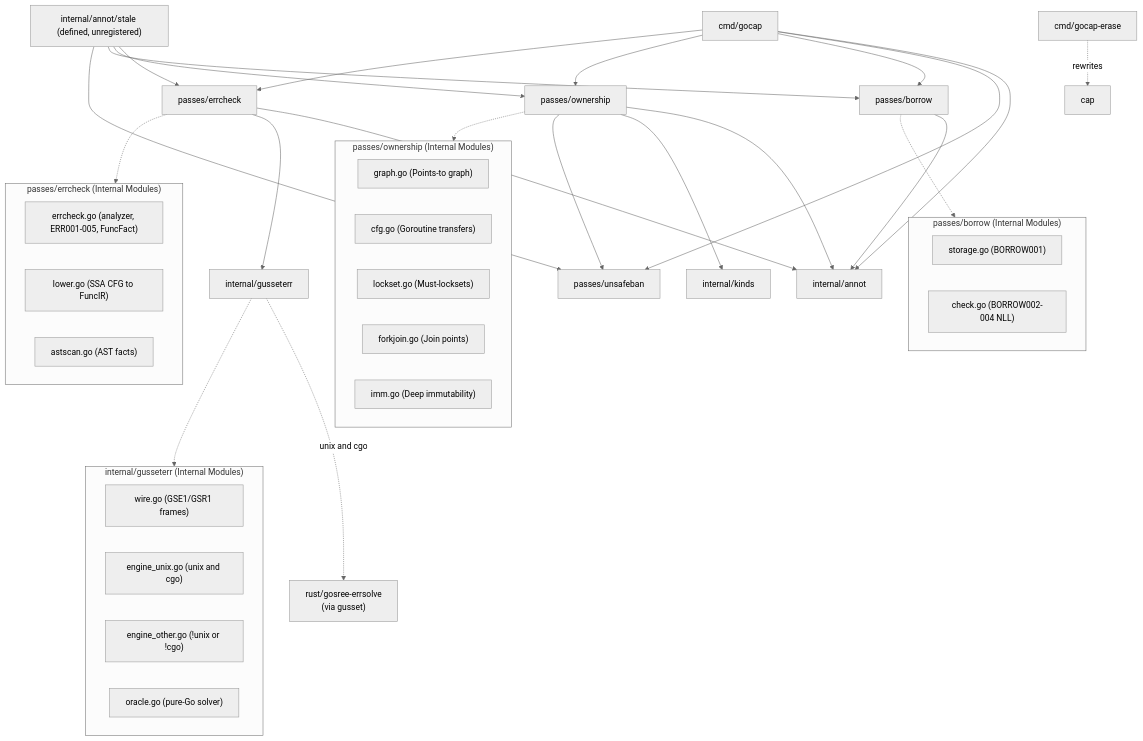
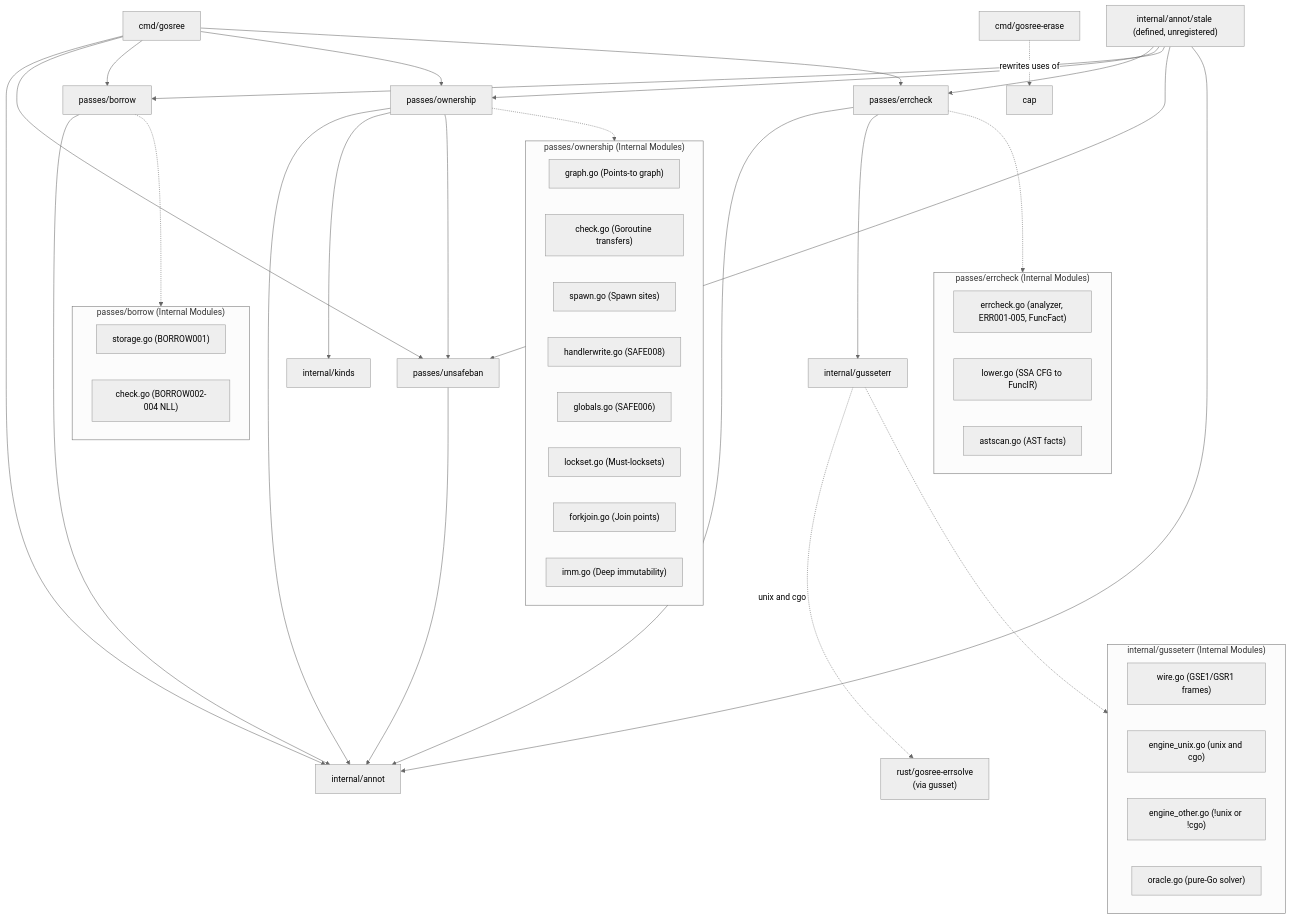
One commit to bharathvbcr/GoSree changed the ninth of 9 diagrams in docs/ARCHITECTURE.md. Above: the diagram before and after it, drawn with Mermaid (neutral theme). The commit also changed other lines of this file and 13 other files, not shown here.

````diff
--- a/docs/ARCHITECTURE.md
+++ b/docs/ARCHITECTURE.md
@@ -375,52 +375,57 @@
 ```mermaid
 flowchart TD
-    cmd_gocap["cmd/gocap"] --> internal_annot["internal/annot"]
-    cmd_gocap --> passes_unsafeban["passes/unsafeban"]
-    cmd_gocap --> passes_borrow["passes/borrow"]
-    cmd_gocap --> passes_ownership["passes/ownership"]
-    cmd_gocap --> passes_errcheck["passes/errcheck"]
+    cmd_gosree["cmd/gosree"] --> internal_annot["internal/annot"]
+    cmd_gosree --> passes_unsafeban["passes/unsafeban"]
+    cmd_gosree --> passes_borrow["passes/borrow"]
+    cmd_gosree --> passes_ownership["passes/ownership"]
+    cmd_gosree --> passes_errcheck["passes/errcheck"]
 
+    passes_unsafeban --> internal_annot
     passes_borrow --> internal_annot
     passes_ownership --> internal_annot
     passes_errcheck --> internal_annot
     passes_errcheck --> internal_gusseterr["internal/gusseterr"]
     internal_gusseterr -.->|"unix and cgo"| rust_engine["rust/gosree-errsolve\n(via gusset)"]
     internal_stale["internal/annot/stale (defined, unregistered)"] --> passes_errcheck
     internal_stale --> passes_ownership
     internal_stale --> passes_borrow
     internal_stale --> passes_unsafeban
+    internal_stale --> internal_annot
     passes_ownership --> internal_kinds["internal/kinds"]
     passes_ownership --> passes_unsafeban
 
     subgraph passes_borrow_internals ["passes/borrow (Internal Modules)"]
         passes_borrow_storage["storage.go (BORROW001)"]
         passes_borrow_check["check.go (BORROW002-004 NLL)"]
     end
     passes_borrow -.-> passes_borrow_internals
 
     subgraph passes_ownership_internals ["passes/ownership (Internal Modules)"]
         passes_ownership_graph["graph.go (Points-to graph)"]
-        passes_ownership_cfg["cfg.go (Goroutine transfers)"]
+        passes_ownership_check["check.go (Goroutine transfers)"]
+        passes_ownership_spawn["spawn.go (Spawn sites)"]
+        passes_ownership_handler["handlerwrite.go (SAFE008)"]
+        passes_ownership_globals["globals.go (SAFE006)"]
         passes_ownership_lockset["lockset.go (Must-locksets)"]
         passes_ownership_forkjoin["forkjoin.go (Join points)"]
         passes_ownership_imm["imm.go (Deep immutability)"]
     end
     passes_ownership -.-> passes_ownership_internals
 
     subgraph passes_errcheck_internals ["passes/errcheck (Internal Modules)"]
         passes_errcheck_main["errcheck.go (analyzer, ERR001-005, FuncFact)"]
         passes_errcheck_lower["lower.go (SSA CFG to FuncIR)"]
         passes_errcheck_astscan["astscan.go (AST facts)"]
     end
     passes_errcheck -.-> passes_errcheck_internals
 
     subgraph gusseterr_internals ["internal/gusseterr (Internal Modules)"]
         gusseterr_wire["wire.go (GSE1/GSR1 frames)"]
         gusseterr_unix["engine_unix.go (unix and cgo)"]
         gusseterr_other["engine_other.go (!unix or !cgo)"]
         gusseterr_oracle["oracle.go (pure-Go solver)"]
     end
     internal_gusseterr -.-> gusseterr_internals
 
-    cmd_gocap_erase["cmd/gocap-erase"] -.->|rewrites| cap_pkg["cap"]
+    cmd_gosree_erase["cmd/gosree-erase"] -.->|rewrites uses of| cap_pkg["cap"]
 ```
````
